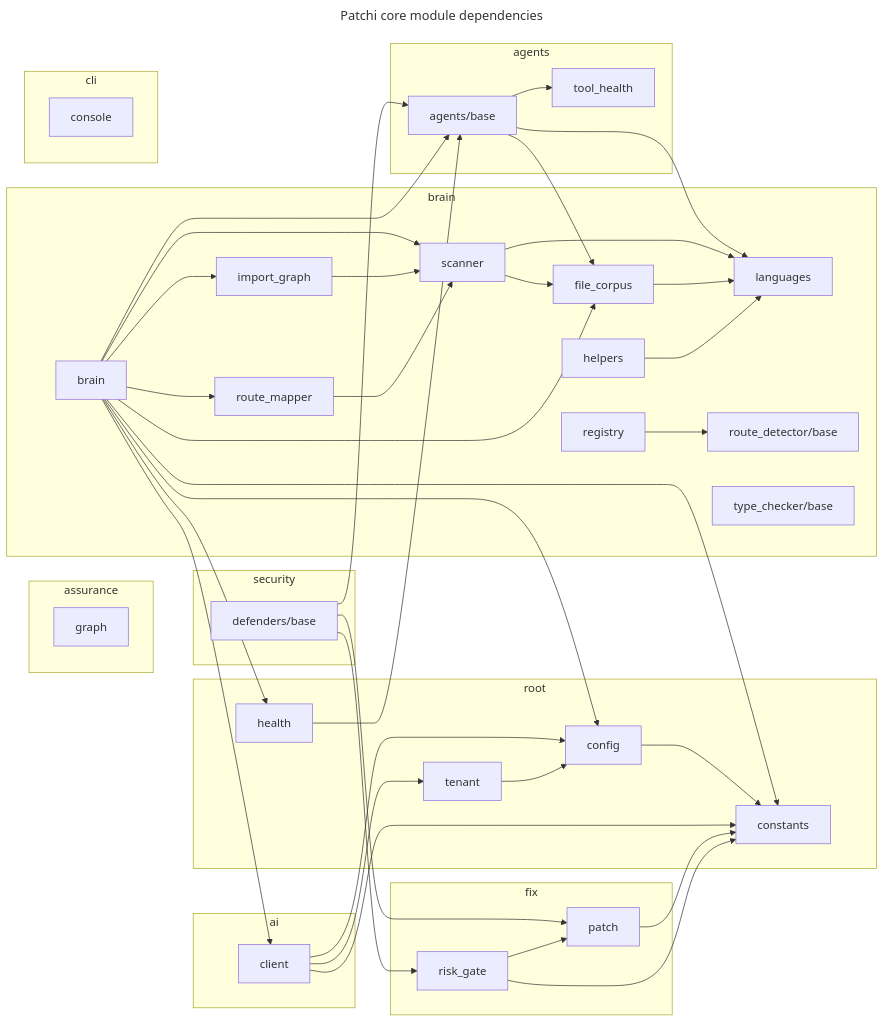
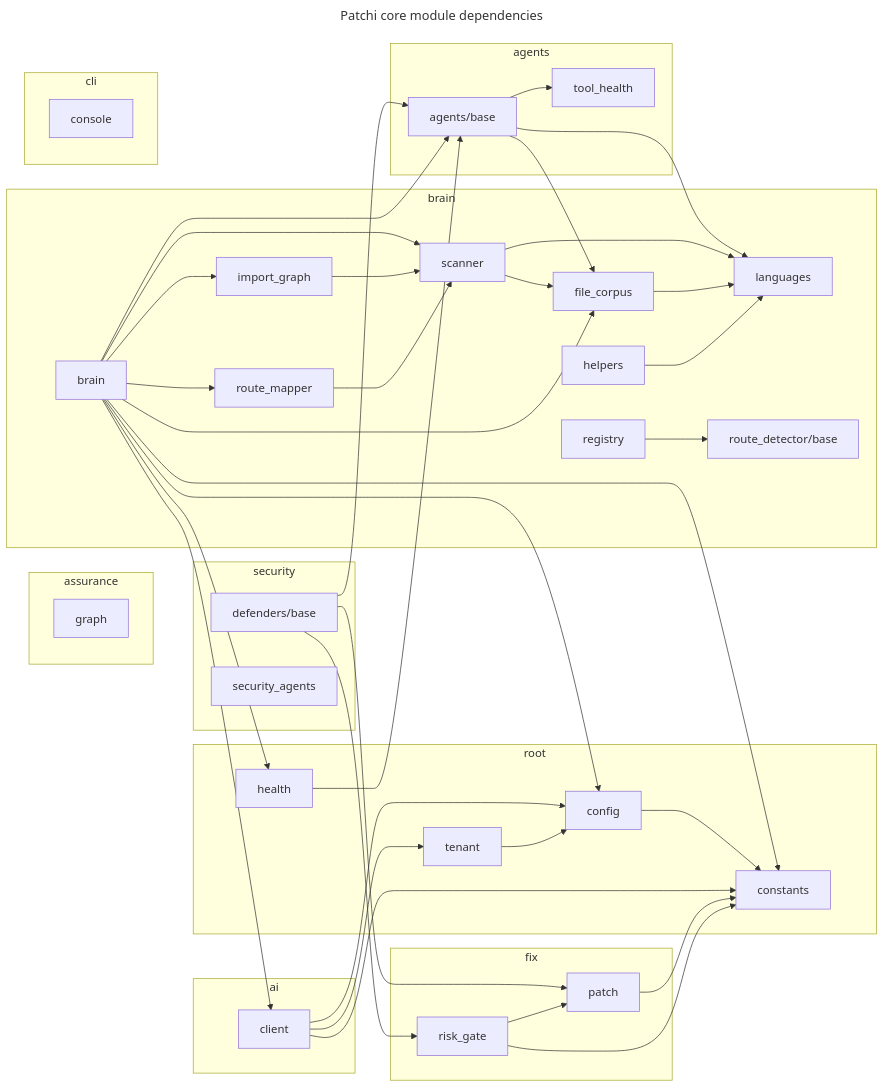
The first of 2 diagrams in README.md (simply-ehis/patchi), drawn with Mermaid before and after one commit. The commit also changed other lines of this file, not shown here.

Commit message:
docs: regenerate README architecture diagrams for concurrent-session module drift
🤖 Generated with Codebuff

````diff
--- a/README.md
+++ b/README.md
@@ -242,75 +242,75 @@
 ```mermaid
 ---
 title: Patchi core module dependencies
 ---
 flowchart LR
     subgraph agents [agents]
         agents_base_py["agents/base"]
         agents_tool_health_py["tool_health"]
     end
     subgraph ai [ai]
         ai_client_py["client"]
     end
     subgraph assurance [assurance]
         assurance_graph_py["graph"]
     end
     subgraph brain [brain]
         brain_languages_py["languages"]
         brain_scanner_py["scanner"]
         brain_brain_py["brain"]
         brain_file_corpus_py["file_corpus"]
         brain_import_graph_py["import_graph"]
         brain_route_detector_base_py["route_detector/base"]
         brain_route_mapper_py["route_mapper"]
         brain_ast_utils_helpers_py["helpers"]
         brain_route_detector_registry_py["registry"]
-        brain_type_checker_base_py["type_checker/base"]
     end
     subgraph cli [cli]
         cli_console_py["console"]
     end
     subgraph fix [fix]
         fix_patch_py["patch"]
         fix_risk_gate_py["risk_gate"]
     end
     subgraph root [root]
         config_py["config"]
         constants_py["constants"]
         health_py["health"]
         tenant_py["tenant"]
     end
     subgraph security [security]
         security_defenders_base_py["defenders/base"]
+        security_security_agents_py["security_agents"]
     end
     agents_base_py --> agents_tool_health_py
     agents_base_py --> brain_file_corpus_py
     agents_base_py --> brain_languages_py
     config_py --> constants_py
     ai_client_py --> config_py
     ai_client_py --> constants_py
     ai_client_py --> tenant_py
     fix_patch_py --> constants_py
     brain_scanner_py --> brain_file_corpus_py
     brain_scanner_py --> brain_languages_py
     brain_brain_py --> agents_base_py
     brain_brain_py --> ai_client_py
     brain_brain_py --> brain_file_corpus_py
     brain_brain_py --> brain_import_graph_py
     brain_brain_py --> brain_route_mapper_py
     brain_brain_py --> brain_scanner_py
     brain_brain_py --> config_py
     brain_brain_py --> constants_py
     brain_brain_py --> health_py
     brain_file_corpus_py --> brain_languages_py
     brain_import_graph_py --> brain_scanner_py
     brain_route_mapper_py --> brain_scanner_py
     security_defenders_base_py --> agents_base_py
     security_defenders_base_py --> fix_patch_py
     security_defenders_base_py --> fix_risk_gate_py
     fix_risk_gate_py --> constants_py
     fix_risk_gate_py --> fix_patch_py
     health_py --> agents_base_py
     tenant_py --> config_py
     brain_ast_utils_helpers_py --> brain_languages_py
     brain_route_detector_registry_py --> brain_route_detector_base_py
 ```
````
